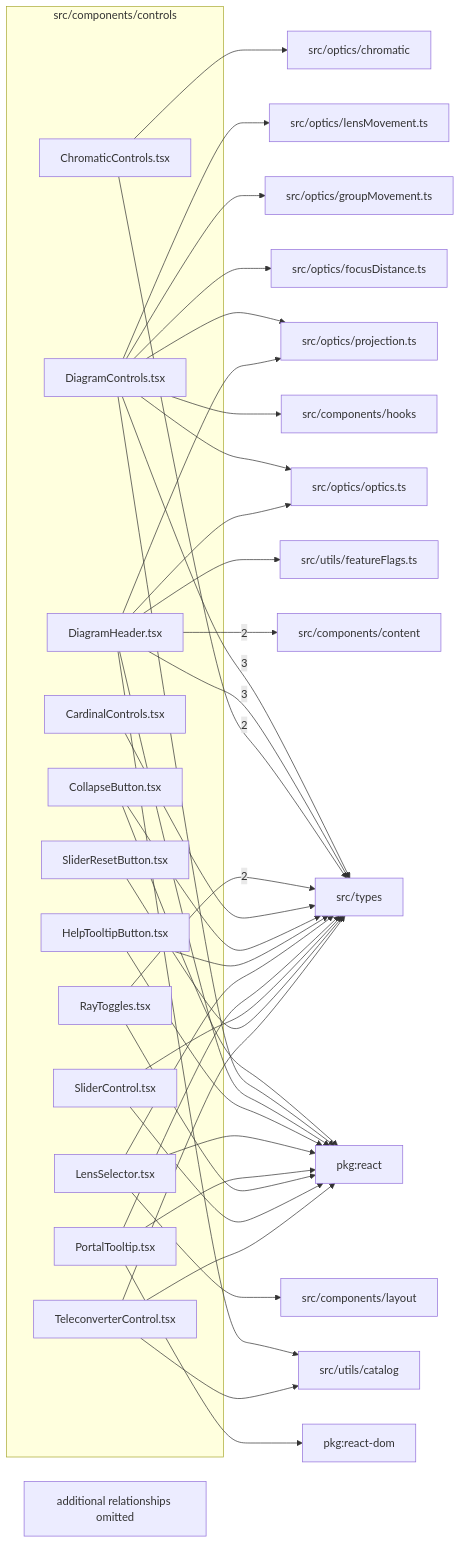
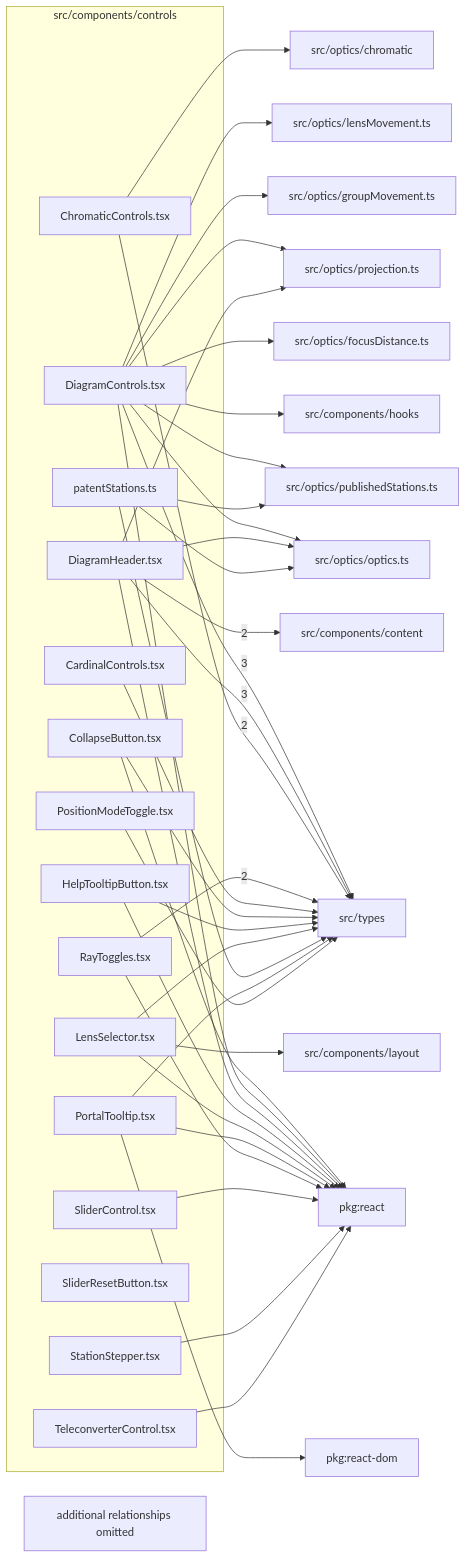
Before and after one commit to BeamFour/LensVisualizer: the diagram in src/components/controls/readme.md, drawn with Mermaid. The commit also changed other lines of this file and 374 other files, not shown here.

First line of the commit message:
Add a patent-positions mode that steps zoom and focus through source-tabulated stations (#762)

````diff
--- a/src/components/controls/readme.md
+++ b/src/components/controls/readme.md
@@ -9,68 +9,70 @@
 ```mermaid
 flowchart LR
   subgraph n_src_components_controls["src/components/controls"]
     n_src_components_controls_src_components_controls_CardinalControls_tsx["CardinalControls.tsx"]
     n_src_components_controls_src_components_controls_ChromaticControls_tsx["ChromaticControls.tsx"]
     n_src_components_controls_src_components_controls_CollapseButton_tsx["CollapseButton.tsx"]
     n_src_components_controls_src_components_controls_DiagramControls_tsx["DiagramControls.tsx"]
     n_src_components_controls_src_components_controls_DiagramHeader_tsx["DiagramHeader.tsx"]
     n_src_components_controls_src_components_controls_HelpTooltipButton_tsx["HelpTooltipButton.tsx"]
     n_src_components_controls_src_components_controls_LensSelector_tsx["LensSelector.tsx"]
+    n_src_components_controls_src_components_controls_patentStations_ts["patentStations.ts"]
     n_src_components_controls_src_components_controls_PortalTooltip_tsx["PortalTooltip.tsx"]
+    n_src_components_controls_src_components_controls_PositionModeToggle_tsx["PositionModeToggle.tsx"]
     n_src_components_controls_src_components_controls_RayToggles_tsx["RayToggles.tsx"]
     n_src_components_controls_src_components_controls_SliderControl_tsx["SliderControl.tsx"]
     n_src_components_controls_src_components_controls_SliderResetButton_tsx["SliderResetButton.tsx"]
+    n_src_components_controls_src_components_controls_StationStepper_tsx["StationStepper.tsx"]
     n_src_components_controls_src_components_controls_TeleconverterControl_tsx["TeleconverterControl.tsx"]
   end
   n_external_src_types["src/types"]
   n_external_src_components_content["src/components/content"]
   n_external_pkg_react["pkg:react"]
   n_external_pkg_react_dom["pkg:react-dom"]
   n_external_src_components_hooks["src/components/hooks"]
   n_external_src_components_layout["src/components/layout"]
   n_external_src_optics_chromatic["src/optics/chromatic"]
   n_external_src_optics_focusDistance_ts["src/optics/focusDistance.ts"]
   n_external_src_optics_groupMovement_ts["src/optics/groupMovement.ts"]
   n_external_src_optics_lensMovement_ts["src/optics/lensMovement.ts"]
   n_external_src_optics_optics_ts["src/optics/optics.ts"]
   n_external_src_optics_projection_ts["src/optics/projection.ts"]
-  n_external_src_utils_catalog["src/utils/catalog"]
-  n_external_src_utils_featureFlags_ts["src/utils/featureFlags.ts"]
+  n_external_src_optics_publishedStations_ts["src/optics/publishedStations.ts"]
   n_src_components_controls_src_components_controls_DiagramControls_tsx --> |3| n_external_src_types
   n_src_components_controls_src_components_controls_DiagramHeader_tsx --> |3| n_external_src_types
   n_src_components_controls_src_components_controls_DiagramHeader_tsx --> |2| n_external_src_components_content
   n_src_components_controls_src_components_controls_ChromaticControls_tsx --> |2| n_external_src_types
   n_src_components_controls_src_components_controls_RayToggles_tsx --> |2| n_external_src_types
   n_src_components_controls_src_components_controls_CollapseButton_tsx --> n_external_pkg_react
   n_src_components_controls_src_components_controls_DiagramControls_tsx --> n_external_pkg_react
   n_src_components_controls_src_components_controls_DiagramHeader_tsx --> n_external_pkg_react
   n_src_components_controls_src_components_controls_HelpTooltipButton_tsx --> n_external_pkg_react
   n_src_components_controls_src_components_controls_LensSelector_tsx --> n_external_pkg_react
   n_src_components_controls_src_components_controls_PortalTooltip_tsx --> n_external_pkg_react
   n_src_components_controls_src_components_controls_RayToggles_tsx --> n_external_pkg_react
   n_src_components_controls_src_components_controls_SliderControl_tsx --> n_external_pkg_react
+  n_src_components_controls_src_components_controls_StationStepper_tsx --> n_external_pkg_react
   n_src_components_controls_src_components_controls_TeleconverterControl_tsx --> n_external_pkg_react
   n_src_components_controls_src_components_controls_PortalTooltip_tsx --> n_external_pkg_react_dom
   n_src_components_controls_src_components_controls_DiagramControls_tsx --> n_external_src_components_hooks
   n_src_components_controls_src_components_controls_LensSelector_tsx --> n_external_src_components_layout
   n_src_components_controls_src_components_controls_ChromaticControls_tsx --> n_external_src_optics_chromatic
   n_src_components_controls_src_components_controls_DiagramControls_tsx --> n_external_src_optics_focusDistance_ts
   n_src_components_controls_src_components_controls_DiagramControls_tsx --> n_external_src_optics_groupMovement_ts
   n_src_components_controls_src_components_controls_DiagramControls_tsx --> n_external_src_optics_lensMovement_ts
   n_src_components_controls_src_components_controls_DiagramControls_tsx --> n_external_src_optics_optics_ts
   n_src_components_controls_src_components_controls_DiagramHeader_tsx --> n_external_src_optics_optics_ts
+  n_src_components_controls_src_components_controls_patentStations_ts --> n_external_src_optics_optics_ts
   n_src_components_controls_src_components_controls_DiagramControls_tsx --> n_external_src_optics_projection_ts
   n_src_components_controls_src_components_controls_DiagramHeader_tsx --> n_external_src_optics_projection_ts
+  n_src_components_controls_src_components_controls_DiagramControls_tsx --> n_external_src_optics_publishedStations_ts
+  n_src_components_controls_src_components_controls_patentStations_ts --> n_external_src_optics_publishedStations_ts
   n_src_components_controls_src_components_controls_CardinalControls_tsx --> n_external_src_types
   n_src_components_controls_src_components_controls_CollapseButton_tsx --> n_external_src_types
   n_src_components_controls_src_components_controls_HelpTooltipButton_tsx --> n_external_src_types
   n_src_components_controls_src_components_controls_LensSelector_tsx --> n_external_src_types
+  n_src_components_controls_src_components_controls_patentStations_ts --> n_external_src_types
   n_src_components_controls_src_components_controls_PortalTooltip_tsx --> n_external_src_types
-  n_src_components_controls_src_components_controls_SliderControl_tsx --> n_external_src_types
-  n_src_components_controls_src_components_controls_SliderResetButton_tsx --> n_external_src_types
-  n_src_components_controls_src_components_controls_TeleconverterControl_tsx --> n_external_src_types
-  n_src_components_controls_src_components_controls_DiagramHeader_tsx --> n_external_src_utils_catalog
-  n_src_components_controls_src_components_controls_TeleconverterControl_tsx --> n_external_src_utils_catalog
-  n_src_components_controls_src_components_controls_DiagramHeader_tsx --> n_external_src_utils_featureFlags_ts
+  n_src_components_controls_src_components_controls_PositionModeToggle_tsx --> n_external_src_types
   n_src_components_controls_truncated["additional relationships omitted"]
 ```
````
